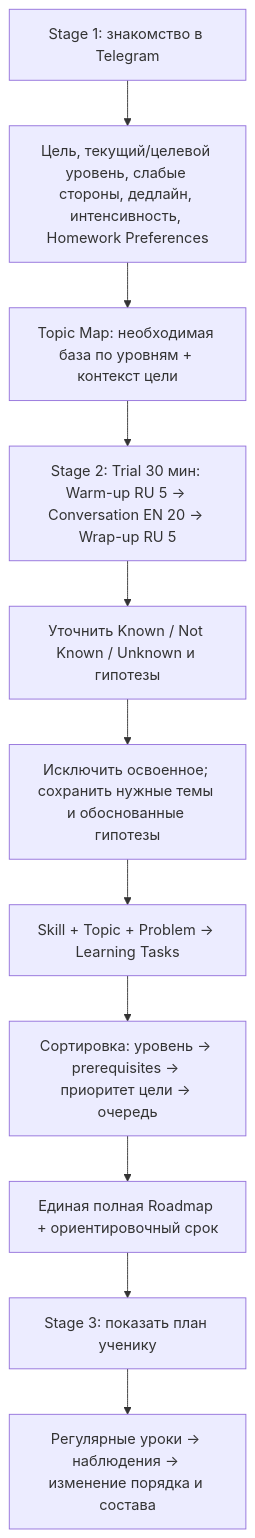
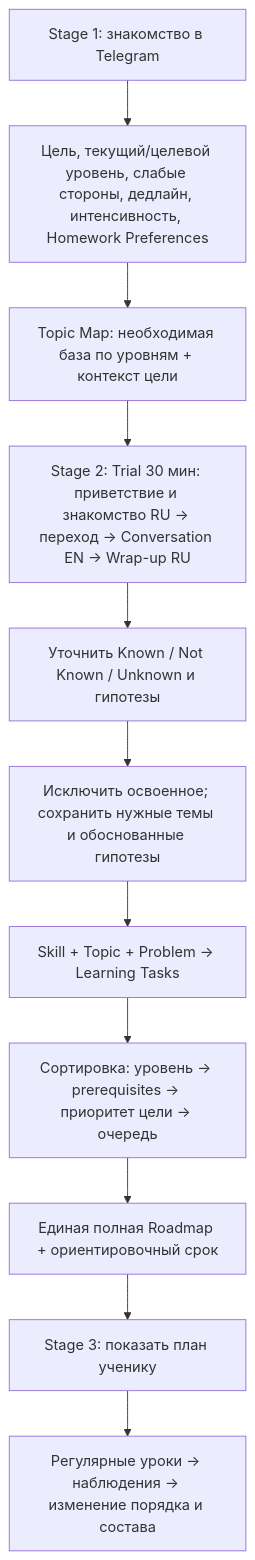
One commit to greenblat17/1billion-dollar-startup changed the second of 6 diagrams in ai_docs/product/2026-11-14-personalized-learning-v5.5.md. Above: the diagram before and after it, drawn with Mermaid. The commit also changed other lines of this file and 19 other files, not shown here.

Commit message:
Implement Trial Lesson v1.0 conversation and listening evidence

````diff
--- a/ai_docs/product/2026-11-14-personalized-learning-v5.5.md
+++ b/ai_docs/product/2026-11-14-personalized-learning-v5.5.md
@@ -216,13 +216,13 @@
 ```mermaid
 flowchart TD
     A["Stage 1: знакомство в Telegram"] --> B["Цель, текущий/целевой уровень, слабые стороны, дедлайн, интенсивность, Homework Preferences"]
     B --> C["Topic Map: необходимая база по уровням + контекст цели"]
-    C --> D["Stage 2: Trial 30 мин: Warm-up RU 5 → Conversation EN 20 → Wrap-up RU 5"]
+    C --> D["Stage 2: Trial 30 мин: приветствие и знакомство RU → переход → Conversation EN → Wrap-up RU"]
     D --> E["Уточнить Known / Not Known / Unknown и гипотезы"]
     E --> F["Исключить освоенное; сохранить нужные темы и обоснованные гипотезы"]
     F --> G["Skill + Topic + Problem → Learning Tasks"]
     G --> H["Сортировка: уровень → prerequisites → приоритет цели → очередь"]
     H --> I["Единая полная Roadmap + ориентировочный срок"]
     I --> J["Stage 3: показать план ученику"]
     J --> K["Регулярные уроки → наблюдения → изменение порядка и состава"]
 ```
````
